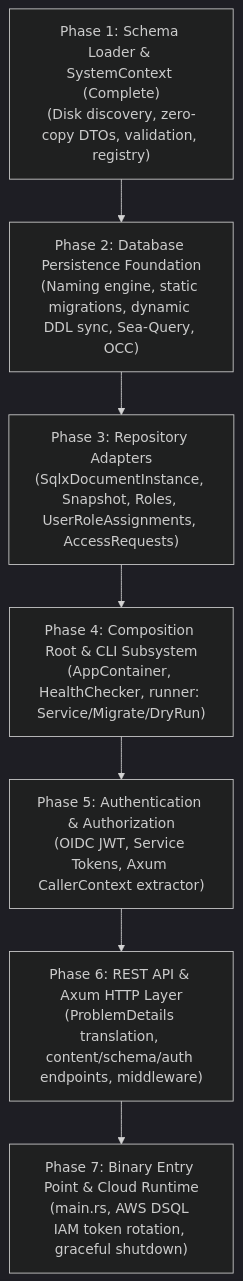
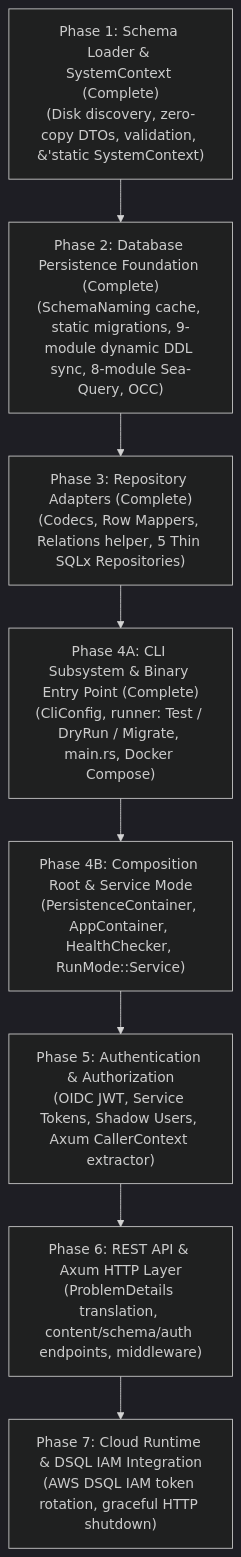
One commit to luminair-cms/luminair-system changed the diagram in docs/plan-infrastructure.md. Above: the diagram before and after it, drawn with Mermaid (dark theme). The commit also changed other lines of this file and 1 other file, not shown here.

First line of the commit message:
docs(infrastructure): align implementation plan and overview with de-facto architecture

````diff
--- a/docs/plan-infrastructure.md
+++ b/docs/plan-infrastructure.md
@@ -19,17 +19,19 @@
 ```mermaid
 flowchart TD
-    P1["Phase 1: Schema Loader & SystemContext (Complete)<br/>(Disk discovery, zero-copy DTOs, validation, registry)"]
-    P2["Phase 2: Database Persistence Foundation<br/>(Naming engine, static migrations, dynamic DDL sync, Sea-Query, OCC)"]
-    P3["Phase 3: Repository Adapters<br/>(SqlxDocumentInstance, Snapshot, Roles, UserRoleAssignments, AccessRequests)"]
-    P4["Phase 4: Composition Root & CLI Subsystem<br/>(AppContainer, HealthChecker, runner: Service/Migrate/DryRun)"]
-    P5["Phase 5: Authentication & Authorization<br/>(OIDC JWT, Service Tokens, Axum CallerContext extractor)"]
+    P1["Phase 1: Schema Loader & SystemContext (Complete)<br/>(Disk discovery, zero-copy DTOs, validation, &'static SystemContext)"]
+    P2["Phase 2: Database Persistence Foundation (Complete)<br/>(SchemaNaming cache, static migrations, 9-module dynamic DDL sync, 8-module Sea-Query, OCC)"]
+    P3["Phase 3: Repository Adapters (Complete)<br/>(Codecs, Row Mappers, Relations helper, 5 Thin SQLx Repositories)"]
+    P4A["Phase 4A: CLI Subsystem & Binary Entry Point (Complete)<br/>(CliConfig, runner: Test / DryRun / Migrate, main.rs, Docker Compose)"]
+    P4B["Phase 4B: Composition Root & Service Mode<br/>(PersistenceContainer, AppContainer, HealthChecker, RunMode::Service)"]
+    P5["Phase 5: Authentication & Authorization<br/>(OIDC JWT, Service Tokens, Shadow Users, Axum CallerContext extractor)"]
     P6["Phase 6: REST API & Axum HTTP Layer<br/>(ProblemDetails translation, content/schema/auth endpoints, middleware)"]
-    P7["Phase 7: Binary Entry Point & Cloud Runtime<br/>(main.rs, AWS DSQL IAM token rotation, graceful shutdown)"]
+    P7["Phase 7: Cloud Runtime & DSQL IAM Integration<br/>(AWS DSQL IAM token rotation, graceful HTTP shutdown)"]
 
     P1 --> P2
     P2 --> P3
-    P3 --> P4
-    P4 --> P5
+    P3 --> P4A
+    P4A --> P4B
+    P4B --> P5
     P5 --> P6
     P6 --> P7
 ```
````
